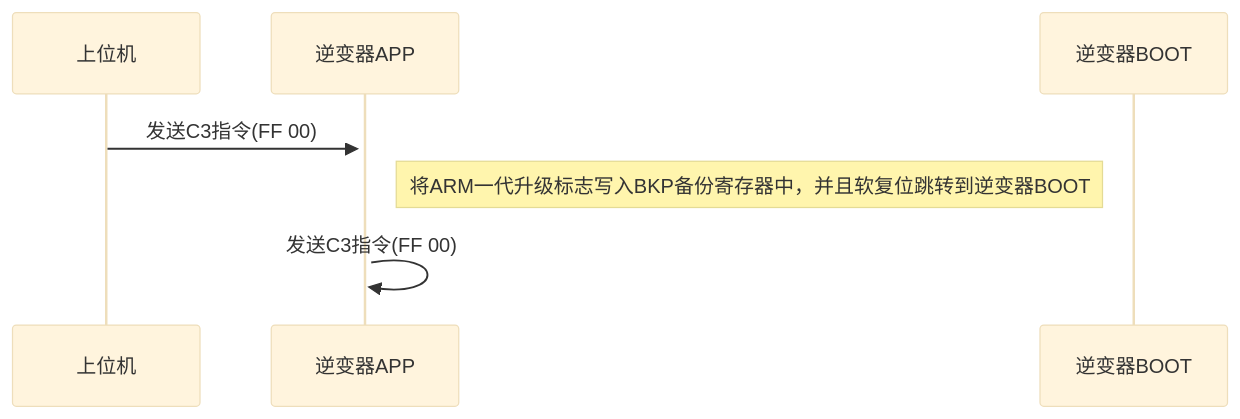
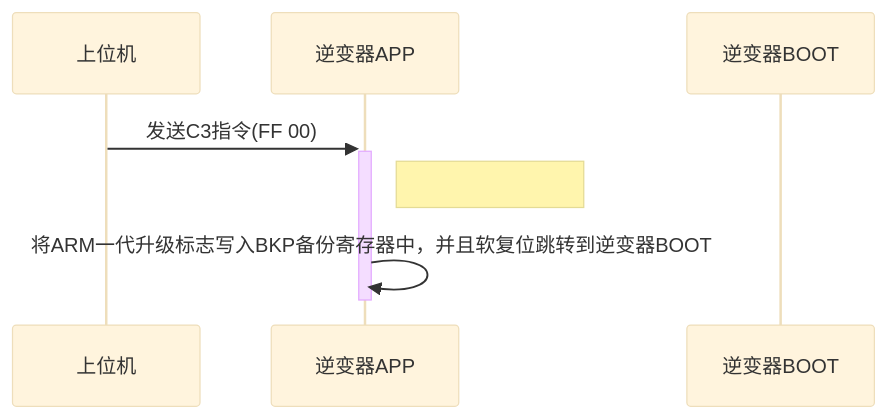
The diagram in all/未命名-2.md (2078142847/iodraw-files), drawn with Mermaid (base theme) before and after one commit.

Commit message:
2024-05-30 14:37:56 update

````diff
--- a/all/未命名-2.md
+++ b/all/未命名-2.md
@@ -1,12 +1,12 @@
 ```mermaid
 sequenceDiagram
     participant A as 上位机
     participant B as 逆变器APP
     participant C as 逆变器BOOT
     
     A->>+B: 发送C3指令(FF 00)
-    Note right of B: 将ARM一代升级标志写入BKP备份寄存器中，并且软复位跳转到逆变器BOOT
-    B->>B: 发送C3指令(FF 00)
+    Note right of B: 
+    B->>-B: 将ARM一代升级标志写入BKP备份寄存器中，并且软复位跳转到逆变器BOOT
 
     
 ```
````
